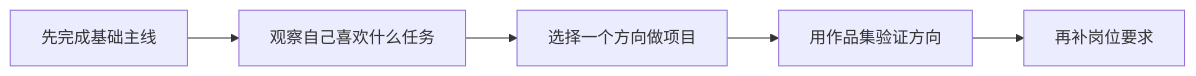
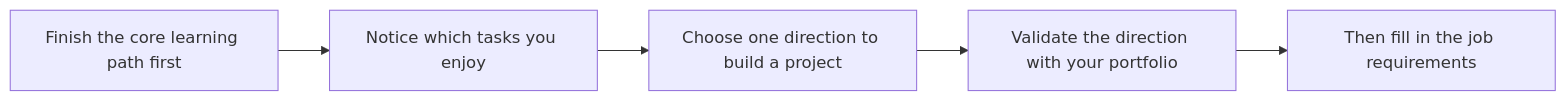
One commit to oudbiao/AI-fullstack-course changed the diagram in docs/intro/career-guide.md. Above: the diagram before and after it, drawn with Mermaid. The commit also changed other lines of this file and 1406 other files, not shown here.

````diff
--- a/docs/intro/career-guide.md
+++ b/docs/intro/career-guide.md
@@ -18,7 +18,7 @@
 ```mermaid
 flowchart LR
-  A["先完成基础主线"] --> B["观察自己喜欢什么任务"]
-  B --> C["选择一个方向做项目"]
-  C --> D["用作品集验证方向"]
-  D --> E["再补岗位要求"]
+  A["Finish the core learning path first"] --> B["Notice which tasks you enjoy"]
+  B --> C["Choose one direction to build a project"]
+  C --> D["Validate the direction with your portfolio"]
+  D --> E["Then fill in the job requirements"]
 ```
````
